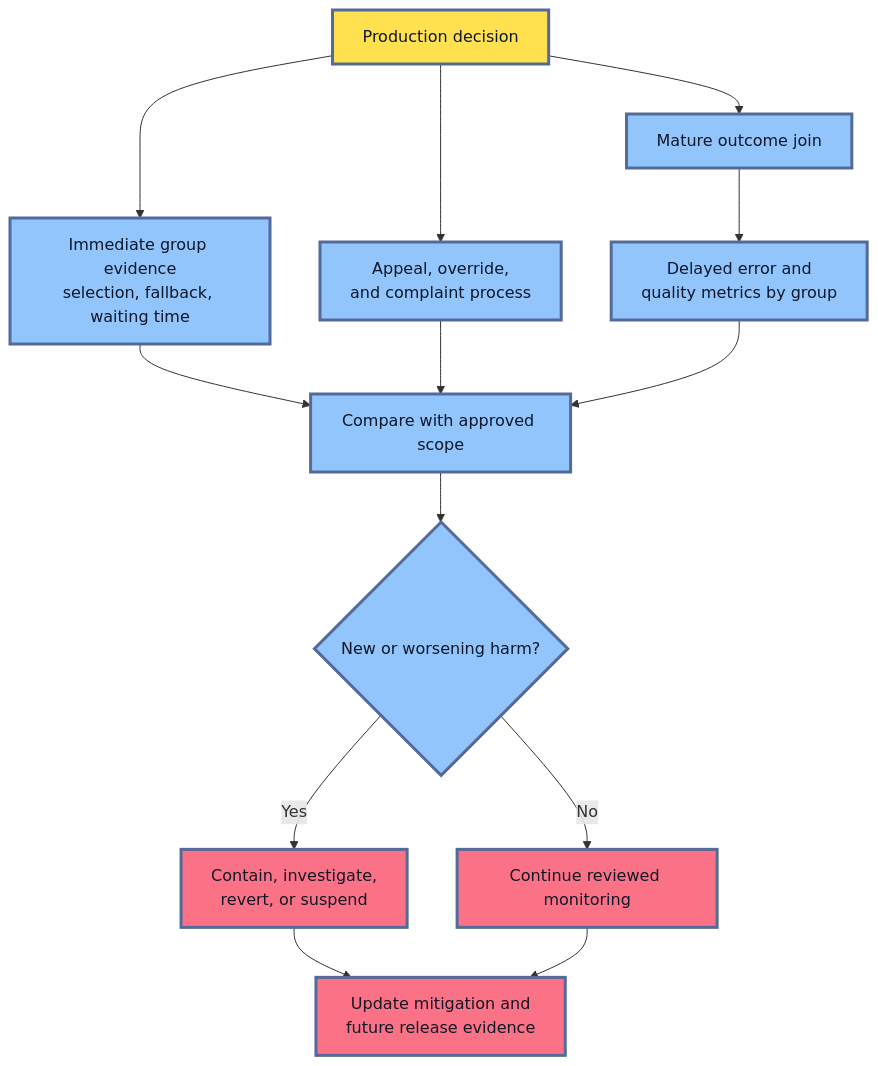
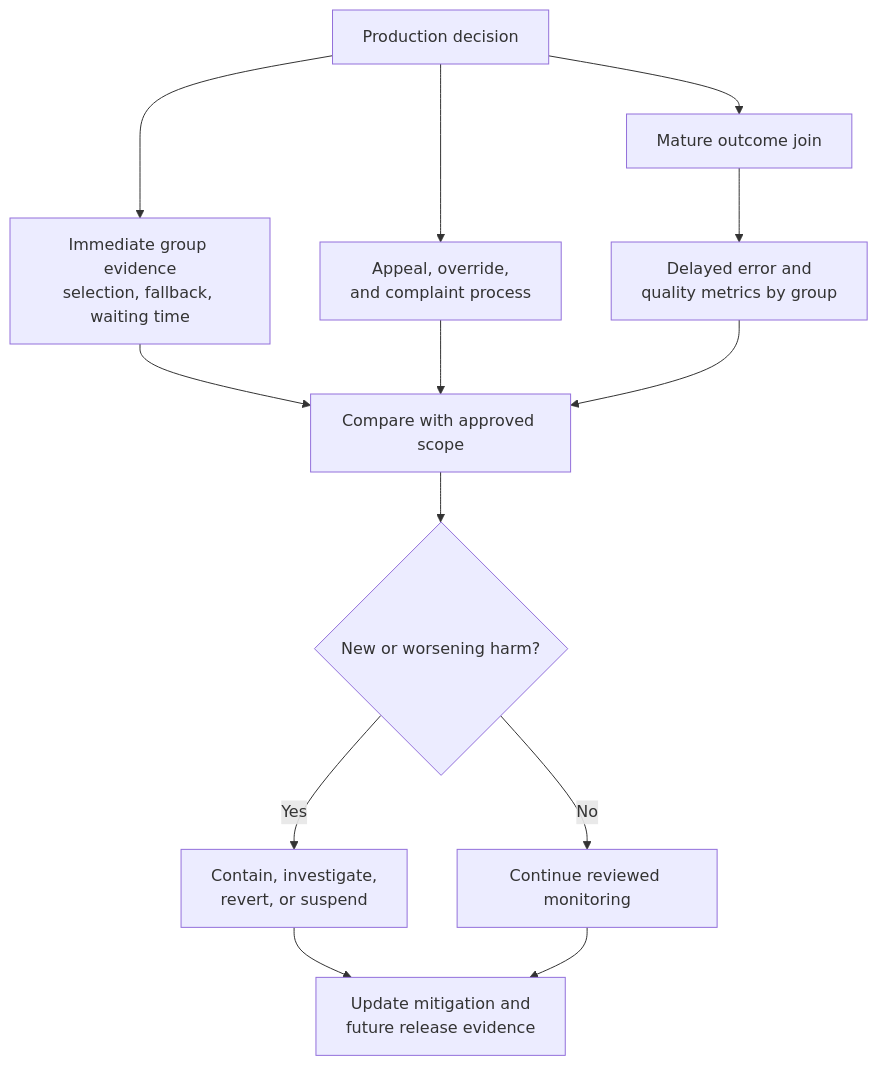
One commit to senlinyy/dev-roadmaps changed diagram 14 of 14 in roadmaps/mlops/modules/model-evaluation/production-readiness/02-bias-fairness-responsible-evaluation.md. Above: the diagram before and after it, drawn with Mermaid. The commit also changed other lines of this file and 152 other files, not shown here.

Commit message:
feat: mlops and diagrams updated

````diff
--- a/roadmaps/mlops/modules/model-evaluation/production-readiness/02-bias-fairness-responsible-evaluation.md
+++ b/roadmaps/mlops/modules/model-evaluation/production-readiness/02-bias-fairness-responsible-evaluation.md
@@ -1003,23 +958,19 @@
 ```mermaid
 flowchart TD
     A["Production decision"] --> B["Immediate group evidence<br/>selection, fallback, waiting time"]
     A --> C["Appeal, override,<br/>and complaint process"]
     A --> D["Mature outcome join"]
     D --> E["Delayed error and<br/>quality metrics by group"]
     B --> F["Compare with approved scope"]
     C --> F
     E --> F
     F --> G{"New or worsening harm?"}
     G -->|"Yes"| H["Contain, investigate,<br/>revert, or suspend"]
     G -->|"No"| I["Continue reviewed monitoring"]
     H --> J["Update mitigation and<br/>future release evidence"]
     I --> J
 
-    classDef production fill:#FFE04F,stroke:#536A9A,stroke-width:3px,color:#111827
-    classDef evidence fill:#2DD4BF,stroke:#536A9A,stroke-width:3px,color:#0F172A
-    classDef decision fill:#93C5FD,stroke:#536A9A,stroke-width:3px,color:#0F172A
-    classDef response fill:#FB7185,stroke:#536A9A,stroke-width:3px,color:#111827
     class A production
     class B,C,D,E,F,G decision
     class H,I,J response
 ```
````
